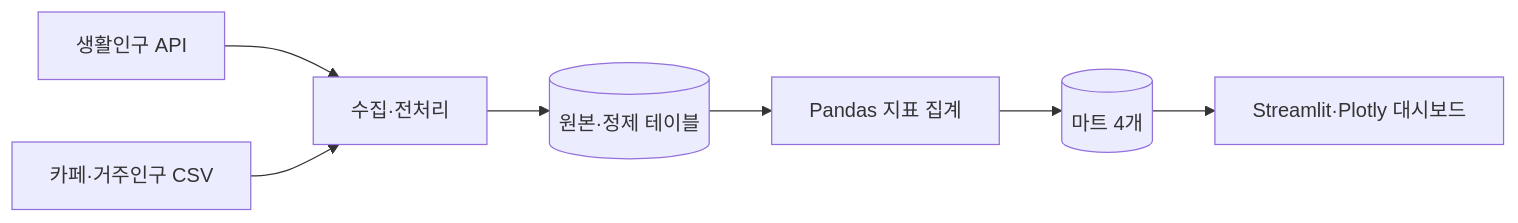
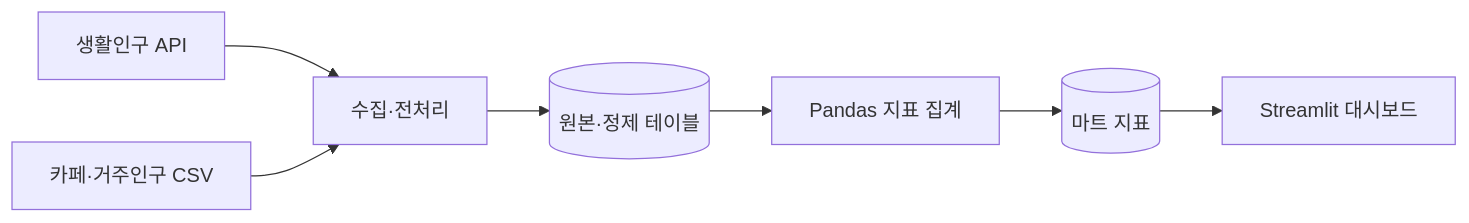
The diagram in report/report.md (AI-Campus-1st/mini_project_2), drawn with Mermaid before and after one commit. The commit also changed other lines of this file and 1 other file, not shown here.

````diff
--- a/report/report.md
+++ b/report/report.md
@@ -39,9 +67,9 @@
 ```mermaid
 flowchart LR
     A[생활인구 API] --> C[수집·전처리]
     B[카페·거주인구 CSV] --> C
     C --> D[(원본·정제 테이블)]
     D --> E[Pandas 지표 집계]
-    E --> F[(마트 4개)]
-    F --> G[Streamlit·Plotly 대시보드]
+    E --> F[(마트 지표)]
+    F --> G[Streamlit 대시보드]
 ```
````
